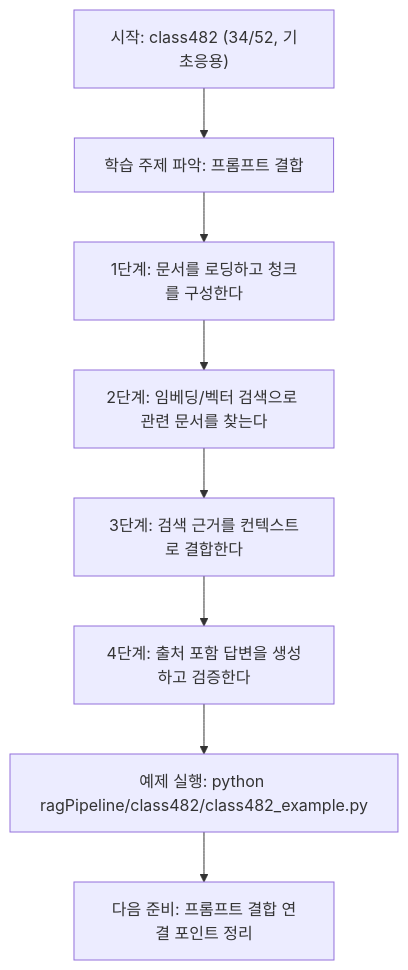
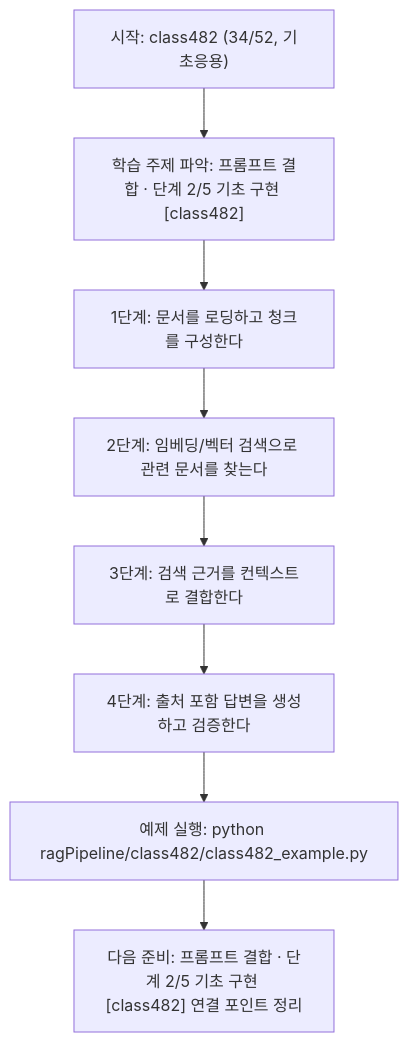
Before and after one commit to edumgt/Python-AI_Agent-Class: the diagram in ragPipeline/class482/class482.md, drawn with Mermaid. The commit also changed other lines of this file and 522 other files, not shown here.

````diff
--- a/ragPipeline/class482/class482.md
+++ b/ragPipeline/class482/class482.md
@@ -109,18 +110,18 @@
 ```mermaid
 flowchart TD
 N1["시작: class482 (34/52, 기초응용)"]
-N2["학습 주제 파악: 프롬프트 결합"]
+N2["학습 주제 파악: 프롬프트 결합 · 단계 2/5 기초 구현 [class482]"]
 N3["1단계: 문서를 로딩하고 청크를 구성한다"]
 N4["2단계: 임베딩/벡터 검색으로 관련 문서를 찾는다"]
 N5["3단계: 검색 근거를 컨텍스트로 결합한다"]
 N6["4단계: 출처 포함 답변을 생성하고 검증한다"]
 N7["예제 실행: python ragPipeline/class482/class482_example.py"]
-N8["다음 준비: 프롬프트 결합 연결 포인트 정리"]
+N8["다음 준비: 프롬프트 결합 · 단계 2/5 기초 구현 [class482] 연결 포인트 정리"]
 N1 --> N2
 N2 --> N3
 N3 --> N4
 N4 --> N5
 N5 --> N6
 N6 --> N7
 N7 --> N8
 ```
````
